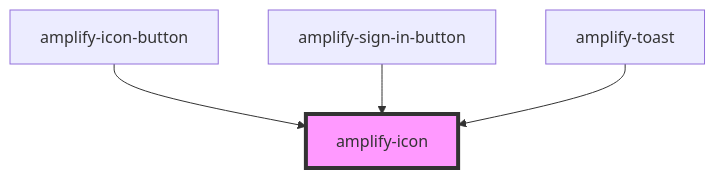
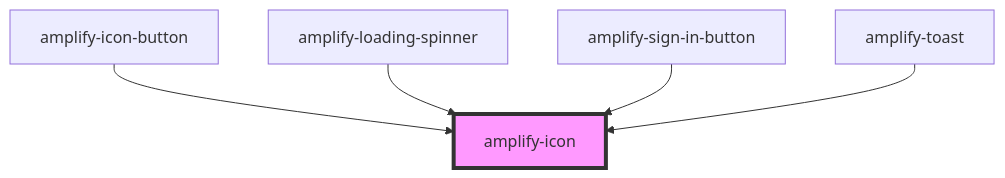
One commit to OneDev0411/amplify-js changed the diagram in packages/amplify-ui-components/src/components/amplify-icon/readme.md. Above: the diagram before and after it, drawn with Mermaid. The commit also changed other lines of this file and 43 other files, not shown here.

First line of the commit message:
feat(@aws-amplify/ui-components): amplify-loading-spinner, loading state, minor form input tweaks (#4929)

````diff
--- a/packages/amplify-ui-components/src/components/amplify-icon/readme.md
+++ b/packages/amplify-ui-components/src/components/amplify-icon/readme.md
@@ -23,7 +24,8 @@
 ```mermaid
 graph TD;
   amplify-icon-button --> amplify-icon
+  amplify-loading-spinner --> amplify-icon
   amplify-sign-in-button --> amplify-icon
   amplify-toast --> amplify-icon
   style amplify-icon fill:#f9f,stroke:#333,stroke-width:4px
 ```
````
